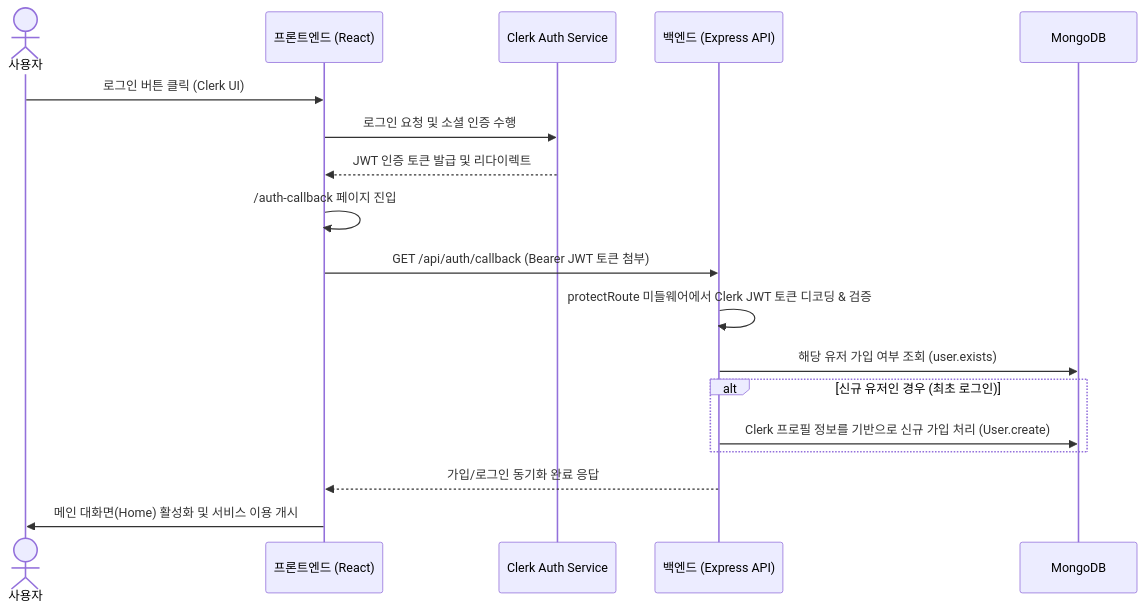
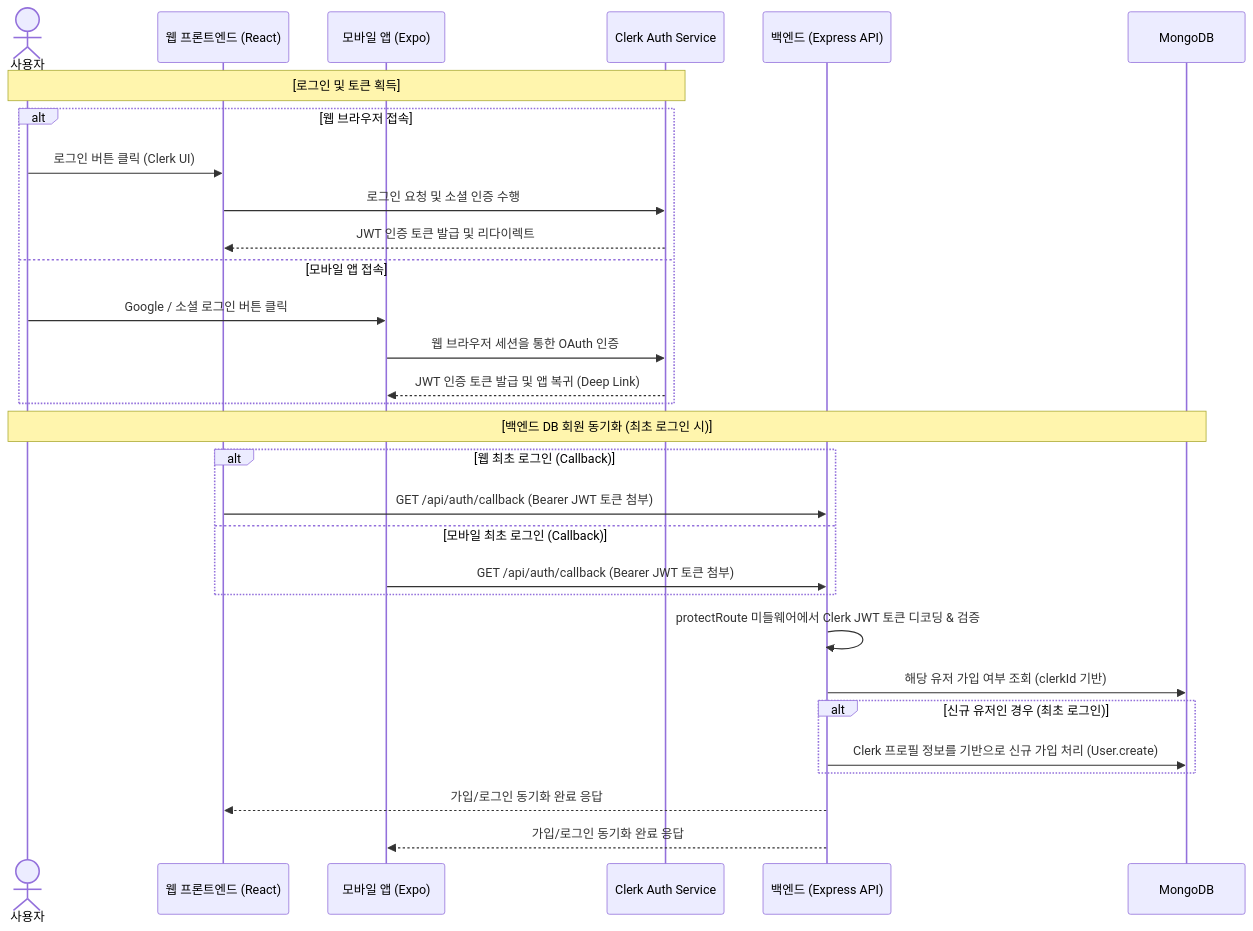
One commit to guniluk/webMobile-spotify changed the diagram in clerk-procedure.md. Above: the diagram before and after it, drawn with Mermaid. The commit also changed other lines of this file and 8 other files, not shown here.

````diff
--- a/clerk-procedure.md
+++ b/clerk-procedure.md
@@ -9,21 +9,35 @@
 ```mermaid
 sequenceDiagram
     actor User as 사용자
-    participant FE as 프론트엔드 (React)
+    participant FE_Web as 웹 프론트엔드 (React)
+    participant FE_Mobile as 모바일 앱 (Expo)
     participant Clerk as Clerk Auth Service
     participant BE as 백엔드 (Express API)
     participant DB as MongoDB
     
-    User->>FE: 로그인 버튼 클릭 (Clerk UI)
-    FE->>Clerk: 로그인 요청 및 소셜 인증 수행
-    Clerk-->>FE: JWT 인증 토큰 발급 및 리다이렉트
-    FE->>FE: /auth-callback 페이지 진입
-    FE->>BE: GET /api/auth/callback (Bearer JWT 토큰 첨부)
+    Note over User, Clerk: [로그인 및 토큰 획득]
+    alt 웹 브라우저 접속
+        User->>FE_Web: 로그인 버튼 클릭 (Clerk UI)
+        FE_Web->>Clerk: 로그인 요청 및 소셜 인증 수행
+        Clerk-->>FE_Web: JWT 인증 토큰 발급 및 리다이렉트
+    else 모바일 앱 접속
+        User->>FE_Mobile: Google / 소셜 로그인 버튼 클릭
+        FE_Mobile->>Clerk: 웹 브라우저 세션을 통한 OAuth 인증
+        Clerk-->>FE_Mobile: JWT 인증 토큰 발급 및 앱 복귀 (Deep Link)
+    end
+
+    Note over User, DB: [백엔드 DB 회원 동기화 (최초 로그인 시)]
+    alt 웹 최초 로그인 (Callback)
+        FE_Web->>BE: GET /api/auth/callback (Bearer JWT 토큰 첨부)
+    else 모바일 최초 로그인 (Callback)
+        FE_Mobile->>BE: GET /api/auth/callback (Bearer JWT 토큰 첨부)
+    end
+
     BE->>BE: protectRoute 미들웨어에서 Clerk JWT 토큰 디코딩 & 검증
-    BE->>DB: 해당 유저 가입 여부 조회 (user.exists)
+    BE->>DB: 해당 유저 가입 여부 조회 (clerkId 기반)
     alt 신규 유저인 경우 (최초 로그인)
         BE->>DB: Clerk 프로필 정보를 기반으로 신규 가입 처리 (User.create)
     end
-    BE-->>FE: 가입/로그인 동기화 완료 응답
-    FE->>User: 메인 대화면(Home) 활성화 및 서비스 이용 개시
+    BE-->>FE_Web: 가입/로그인 동기화 완료 응답
+    BE-->>FE_Mobile: 가입/로그인 동기화 완료 응답
 ```
````
